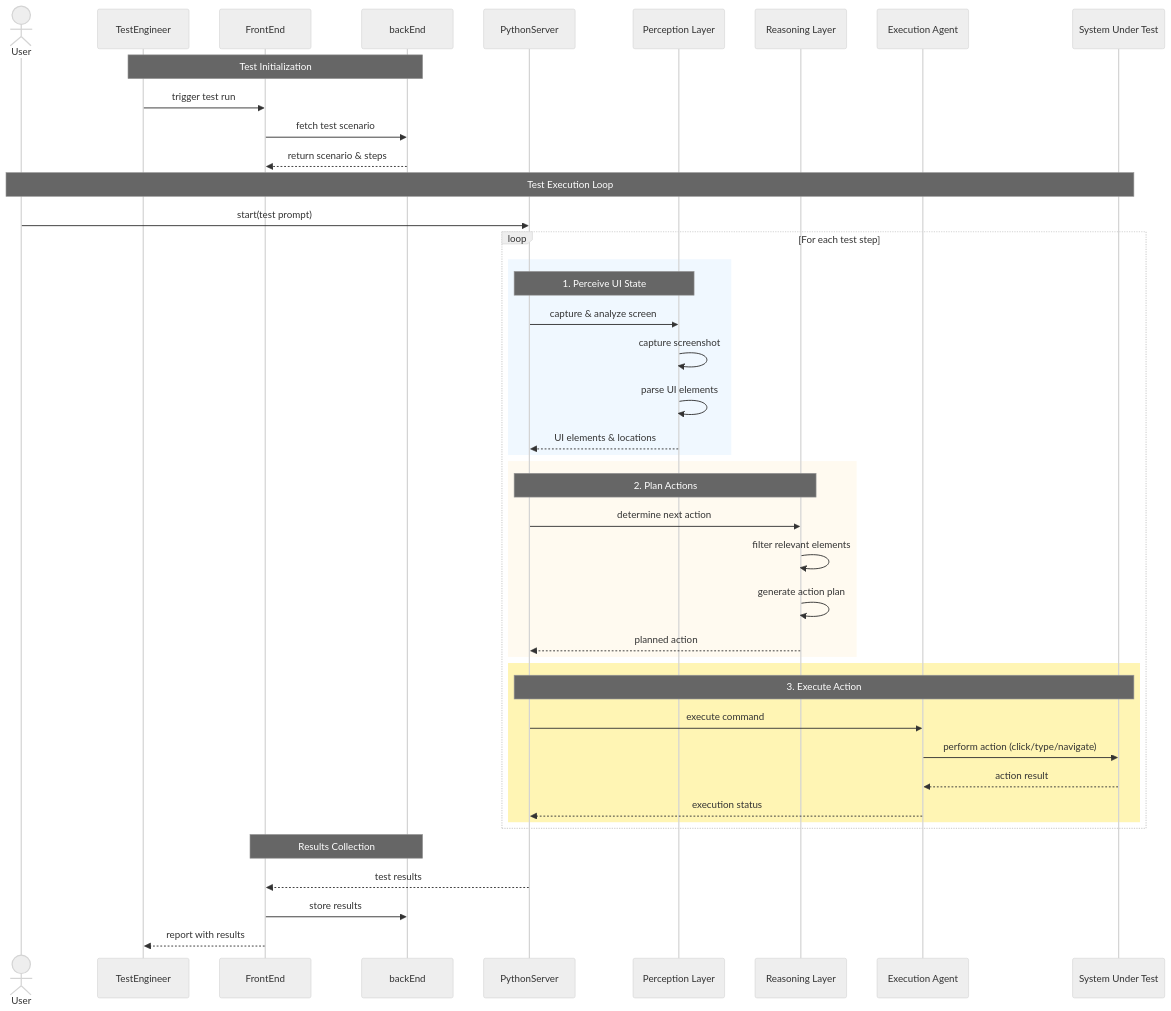
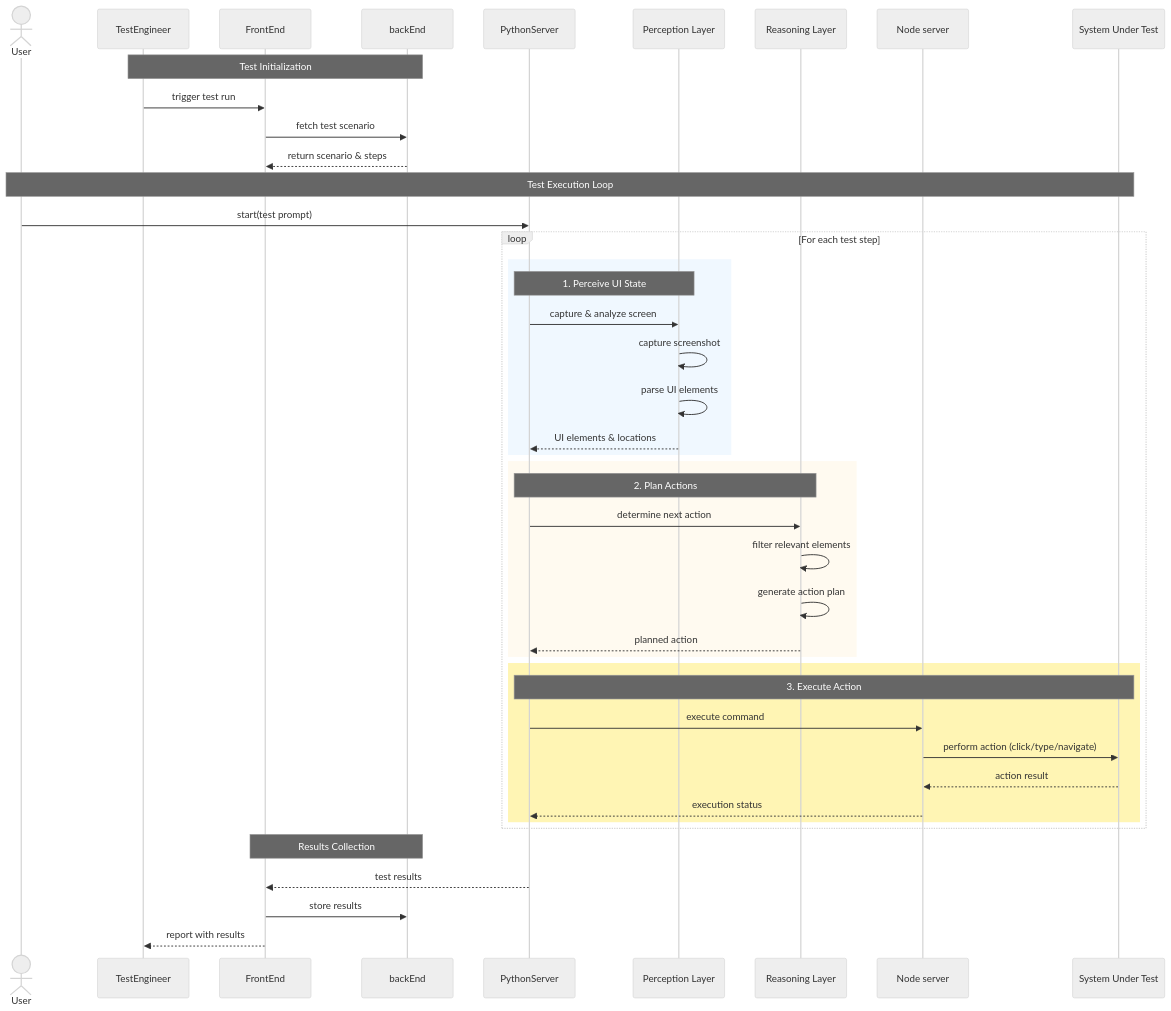
Before and after one commit to Youssef-Hossam2274/inspace-desktop: the first of 3 diagrams in docs/diagrams/workflow-diagrams.md, drawn with Mermaid (neutral theme). The commit also changed other lines of this file, not shown here.

Commit message:
edit readme file

````diff
--- a/docs/diagrams/workflow-diagrams.md
+++ b/docs/diagrams/workflow-diagrams.md
@@ -14,57 +14,57 @@
 ```mermaid
   sequenceDiagram
     actor User
     participant TestEngineer
     participant FrontEnd
     participant backEnd
     participant PythonServer as PythonServer
     participant Perception as Perception Layer
     participant Reasoning as Reasoning Layer
-    participant Agent as Execution Agent
+    participant Agent as Node server 
     participant SUT as System Under Test
 
     %% Test Setup
     Note over TestEngineer,backEnd: Test Initialization
     TestEngineer->>FrontEnd: trigger test run
     FrontEnd->>backEnd: fetch test scenario
     backEnd-->>FrontEnd: return scenario & steps
     
     %% Workflow Execution
     Note over User,SUT: Test Execution Loop
     User->>PythonServer: start(test prompt)
     
     loop For each test step
         %% Perception Phase
         rect rgb(240, 248, 255)
         Note over PythonServer,Perception: 1. Perceive UI State
         PythonServer->>Perception: capture & analyze screen
         Perception->>Perception: capture screenshot
         Perception->>Perception: parse UI elements
         Perception-->>PythonServer: UI elements & locations
         end
         
         %% Reasoning Phase
         rect rgb(255, 250, 240)
         Note over PythonServer,Reasoning: 2. Plan Actions
         PythonServer->>Reasoning: determine next action
         Reasoning->>Reasoning: filter relevant elements
         Reasoning->>Reasoning: generate action plan
         Reasoning-->>PythonServer: planned action
         end
         
         %% Execution Phase
         rect rgb(255, 245, 180)
         Note over PythonServer,SUT: 3. Execute Action
         PythonServer->>Agent: execute command
         Agent->>SUT: perform action (click/type/navigate)
         SUT-->>Agent: action result
         Agent-->>PythonServer: execution status
         end
     end
     
     %% Results & Reporting
     Note over FrontEnd,backEnd: Results Collection
     PythonServer-->>FrontEnd: test results
     FrontEnd->>backEnd: store results
     FrontEnd-->>TestEngineer: report with results
 ```
````
